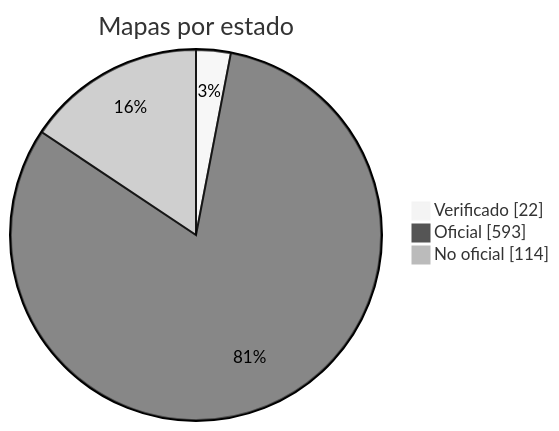
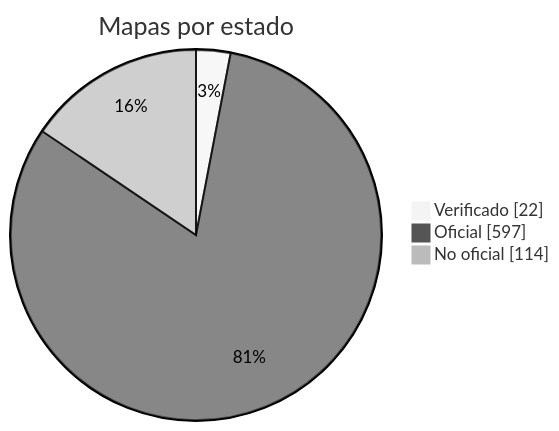
Before and after one commit to nobrega8/mbmap-library: the diagram in docs/readme/README_ES.md, drawn with Mermaid (neutral theme). The commit also changed 9 other files, not shown here.

````diff
--- a/docs/readme/README_ES.md
+++ b/docs/readme/README_ES.md
@@ -54,7 +54,7 @@
 ```mermaid
 pie showData
     title Mapas por estado
     "Verificado" : 22
-    "Oficial" : 593
+    "Oficial" : 597
     "No oficial" : 114
 ```
````
